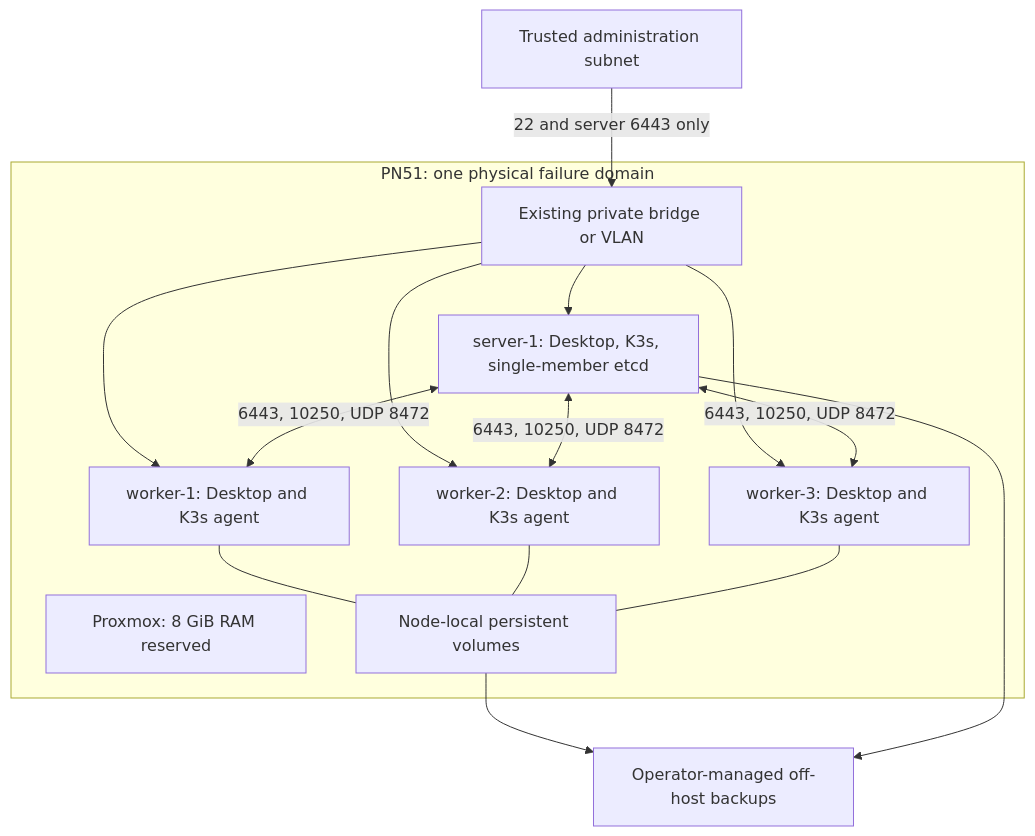
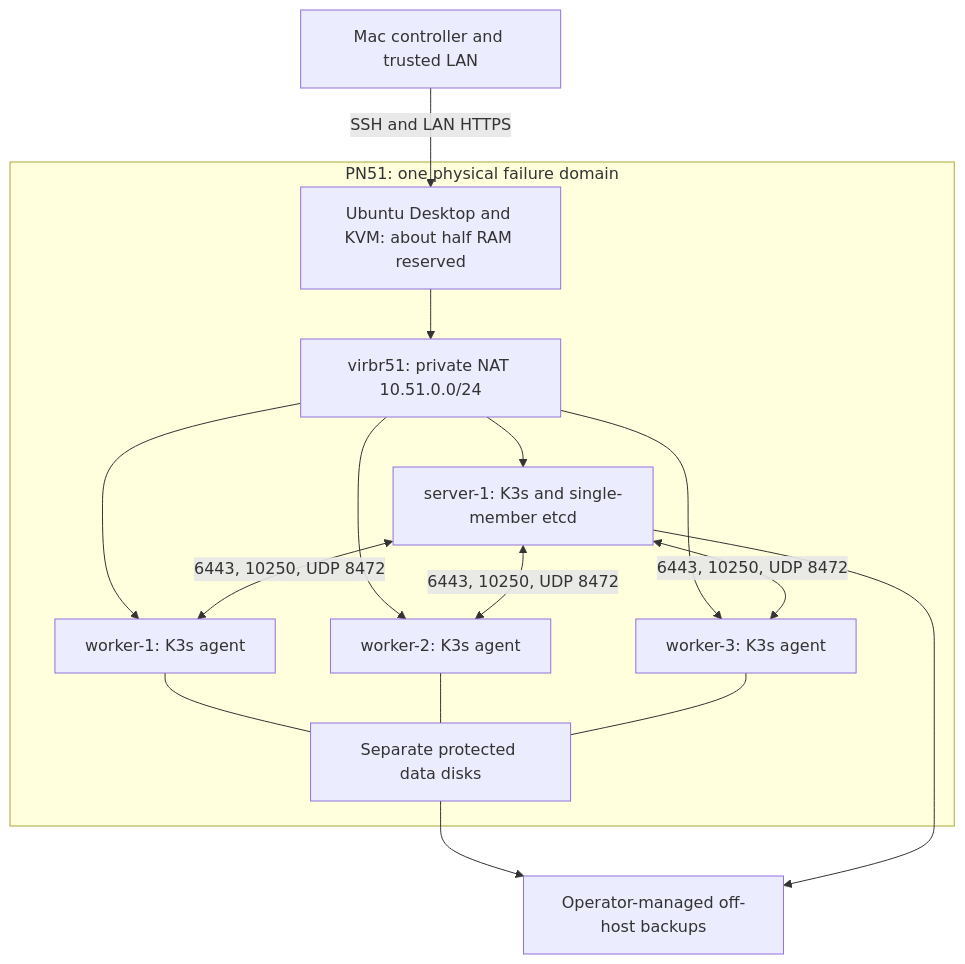
One commit to TheNewThinkTank/homelab changed the second of 2 diagrams in docs/PN51/architecture-diagrams.md. Above: the diagram before and after it, drawn with Mermaid. The commit also changed other lines of this file and 55 other files, not shown here.

````diff
--- a/docs/PN51/architecture-diagrams.md
+++ b/docs/PN51/architecture-diagrams.md
@@ -33,19 +40,20 @@
 ```mermaid
 flowchart TB
-    Admin[Trusted administration subnet] -->|22 and server 6443 only| Bridge[Existing private bridge or VLAN]
+    Admin[Mac controller and trusted LAN] -->|SSH and LAN HTTPS| Host
     subgraph PN51[PN51: one physical failure domain]
-        Host[Proxmox: 8 GiB RAM reserved]
-        Bridge --> Server[server-1: Desktop, K3s, single-member etcd]
-        Bridge --> Worker1[worker-1: Desktop and K3s agent]
-        Bridge --> Worker2[worker-2: Desktop and K3s agent]
-        Bridge --> Worker3[worker-3: Desktop and K3s agent]
+        Host[Ubuntu Desktop and KVM: about half RAM reserved]
+        Host --> Bridge[virbr51: private NAT 10.51.0.0/24]
+        Bridge --> Server[server-1: K3s and single-member etcd]
+        Bridge --> Worker1[worker-1: K3s agent]
+        Bridge --> Worker2[worker-2: K3s agent]
+        Bridge --> Worker3[worker-3: K3s agent]
         Server <-->|6443, 10250, UDP 8472| Worker1
         Server <-->|6443, 10250, UDP 8472| Worker2
         Server <-->|6443, 10250, UDP 8472| Worker3
-        Worker1 --- LocalStorage[Node-local persistent volumes]
+        Worker1 --- LocalStorage[Separate protected data disks]
         Worker2 --- LocalStorage
         Worker3 --- LocalStorage
     end
     LocalStorage --> OffHost[Operator-managed off-host backups]
     Server --> OffHost
 ```
````
